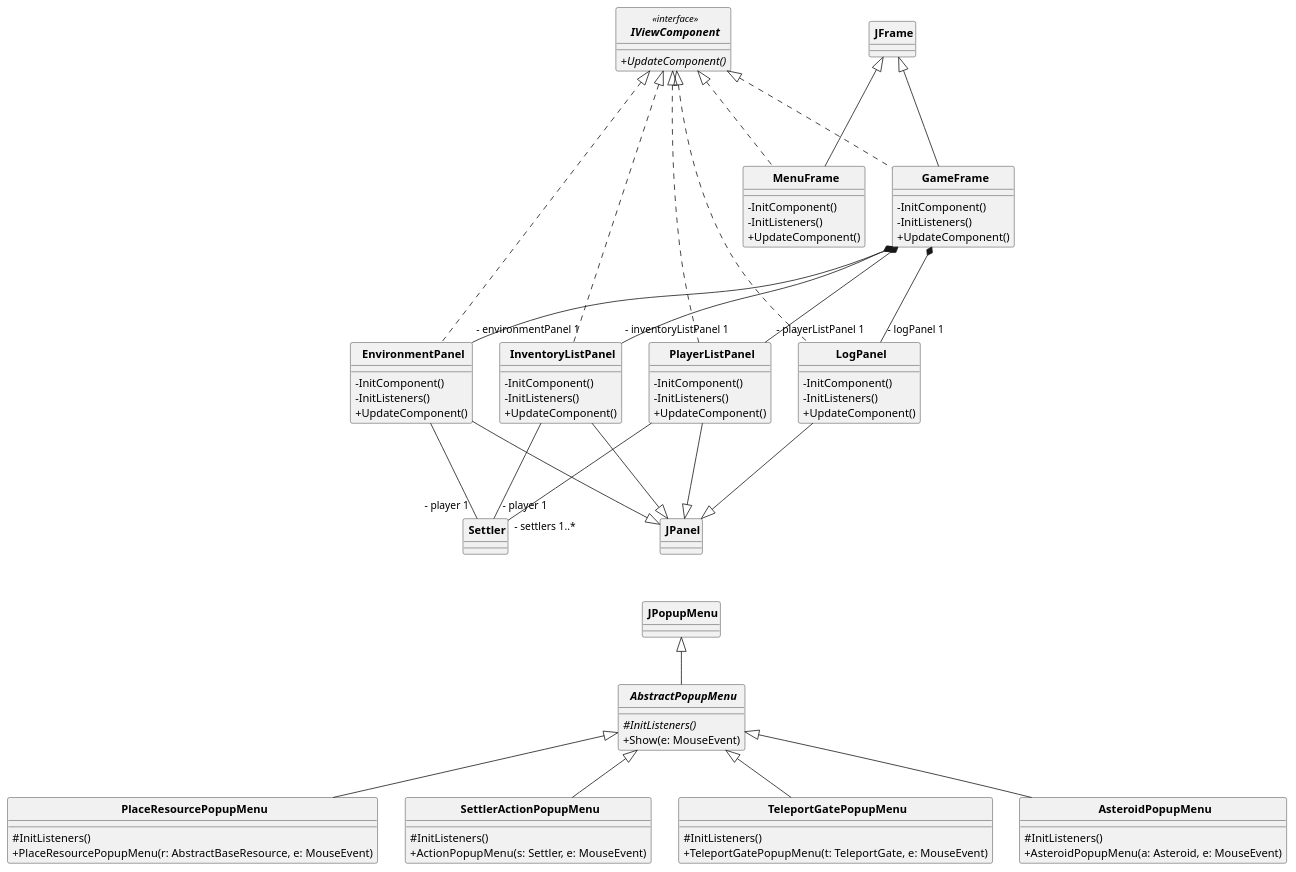
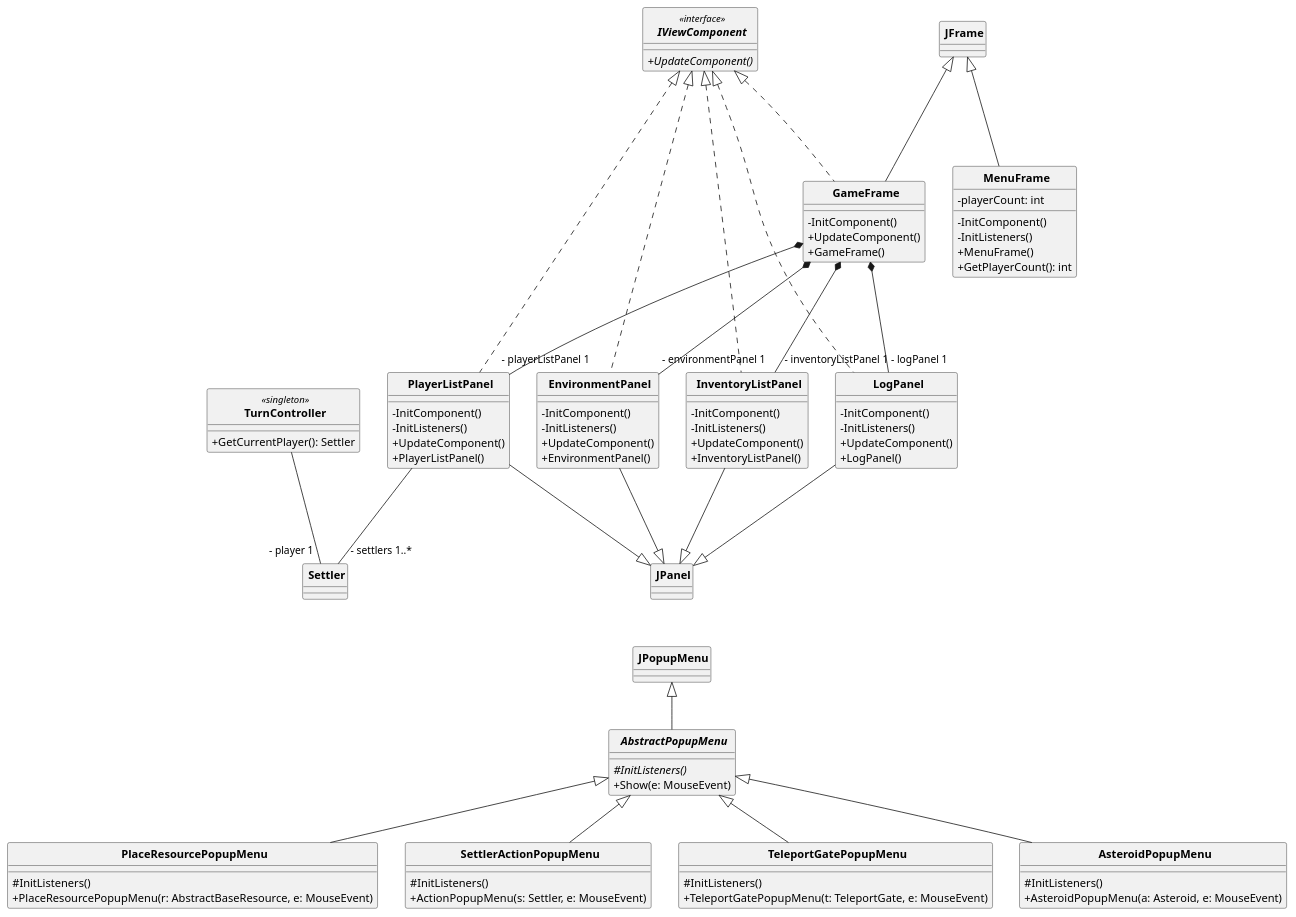
The diagram in uml/class_diagrams/gui_class.plantuml (triszt4n/projlab_holy_oil), drawn with PlantUML before and after one commit. The commit also changed 9 other files, not shown here.

First line of the commit message:
:memo: GUI seq diagrams (#304)

```diff
--- a/uml/class_diagrams/gui_class.plantuml
+++ b/uml/class_diagrams/gui_class.plantuml
@@ -1,122 +1,128 @@
 @startuml classdiagram
 
 skinparam ClassAttributeIconSize 0
 skinparam CircledCharacterRadius 0
 skinparam CircledCharacterFontSize 0
 skinparam ClassFontStyle bold
 
 class JFrame {}
 class JPanel {}
 class JPopupMenu {}
 
 ' package: viewcomponents
 interface IViewComponent << interface >> {
   {abstract} + UpdateComponent()
 }
 
 together {
   class MenuFrame {
+    - playerCount: int
     - InitComponent()
     - InitListeners()
-    + UpdateComponent()
+    + MenuFrame()
+    + GetPlayerCount(): int
   }
 
   class GameFrame {
     - InitComponent()
-    - InitListeners()
     + UpdateComponent()
+    + GameFrame()
   }
 }
 
 together {
   class EnvironmentPanel {
     - InitComponent()
     - InitListeners()
     + UpdateComponent()
+    + EnvironmentPanel()
   }
 
   class InventoryListPanel {
     - InitComponent()
     - InitListeners()
     + UpdateComponent()
+    + InventoryListPanel()
   }
 
   class PlayerListPanel {
     - InitComponent()
     - InitListeners()
     + UpdateComponent()
+    + PlayerListPanel()
   }
 
   class LogPanel {
     - InitComponent()
     - InitListeners()
     + UpdateComponent()
+    + LogPanel()
   }
 }
 
 abstract class AbstractPopupMenu {
   {abstract}# InitListeners()
   + Show(e: MouseEvent)
 }
 
 together {
   class AsteroidPopupMenu {
     # InitListeners()
     + AsteroidPopupMenu(a: Asteroid, e: MouseEvent)
   }
 
   class TeleportGatePopupMenu {
     # InitListeners()
     + TeleportGatePopupMenu(t: TeleportGate, e: MouseEvent)
   }
 
   class SettlerActionPopupMenu {
     # InitListeners()
     + ActionPopupMenu(s: Settler, e: MouseEvent)
   }
 
   class PlaceResourcePopupMenu {
     # InitListeners()
     + PlaceResourcePopupMenu(r: AbstractBaseResource, e: MouseEvent)
   }
 }
 
+class TurnController << singleton >> {
+  + GetCurrentPlayer(): Settler
+}
+
 ' Interface realizations
 GameFrame .up..|> IViewComponent
-MenuFrame .up..|> IViewComponent
 EnvironmentPanel .up..|> IViewComponent
 InventoryListPanel .up..|> IViewComponent
 PlayerListPanel .up..|> IViewComponent
 LogPanel .up..|> IViewComponent
 
 ' Inheritance
 GameFrame -up--|> JFrame
 MenuFrame -up--|> JFrame
 
 EnvironmentPanel -down--|> JPanel
 InventoryListPanel -down--|> JPanel
 PlayerListPanel -down--|> JPanel
 LogPanel -down--|> JPanel
 
 AbstractPopupMenu -up-|> JPopupMenu
 AsteroidPopupMenu -up-|> AbstractPopupMenu
 TeleportGatePopupMenu -up-|> AbstractPopupMenu
 SettlerActionPopupMenu -up-|> AbstractPopupMenu
 PlaceResourcePopupMenu -up-|> AbstractPopupMenu
 
 ' This is for better display
 JPopupMenu -[hidden]up-> JPanel
 
 ' Associations
 GameFrame *--- "- environmentPanel 1" EnvironmentPanel
 GameFrame *--- "- inventoryListPanel 1" InventoryListPanel
 GameFrame *--- "- playerListPanel 1" PlayerListPanel
 GameFrame *--- "- logPanel 1" LogPanel
 
-InventoryListPanel --- "- player 1" Settler
 PlayerListPanel --- "- settlers 1..*" Settler
-EnvironmentPanel --- "- player 1" Settler
-' Ez a fenti majd kódolásnál felesleges
-' Turncontroller --> state machine: ki van soron a lépésnél?
+TurnController --- "- player 1" Settler
 
 @enduml
```
